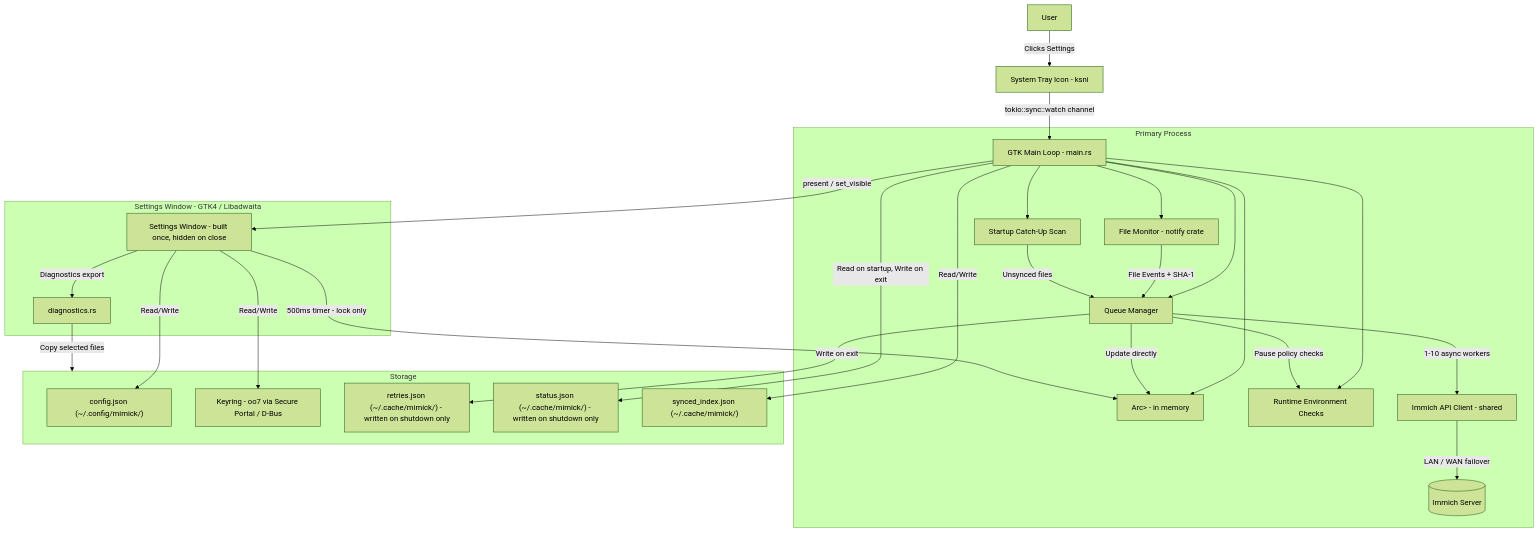
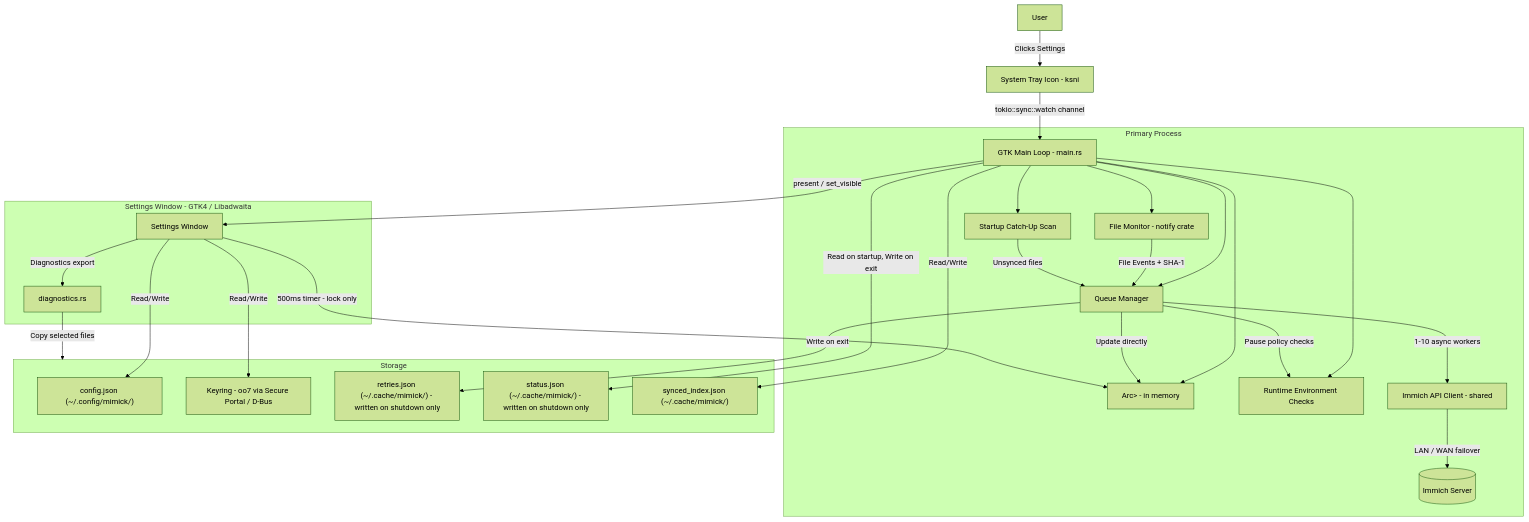
Before and after one commit to nicx17/immich_sync_app: the diagram in wiki/Architecture.md, drawn with Mermaid (forest theme). The commit also changed other lines of this file and 3 other files, not shown here.

````diff
--- a/wiki/Architecture.md
+++ b/wiki/Architecture.md
@@ -9,43 +9,43 @@
 ```mermaid
 graph TD
     User[User] -->|Clicks Settings| Tray[System Tray Icon - ksni]
     Tray -->|tokio::sync::watch channel| Main[GTK Main Loop - main.rs]
 
     subgraph Daemon [Primary Process]
         Main --> Monitor[File Monitor - notify crate]
         Main --> QueueManager[Queue Manager]
         Main --> SharedState["Arc<Mutex<AppState>> - in memory"]
         Main --> RuntimeEnv[Runtime Environment Checks]
         Main --> StartupScan[Startup Catch-Up Scan]
 
         Monitor -->|File Events + SHA-1| QueueManager
         StartupScan -->|Unsynced files| QueueManager
         QueueManager -->|1-10 async workers| API[Immich API Client - shared]
         QueueManager -->|Update directly| SharedState
         QueueManager -->|Pause policy checks| RuntimeEnv
 
         API -->|LAN / WAN failover| Immich[(Immich Server)]
     end
 
     subgraph Settings UI [Settings Window - GTK4 / Libadwaita]
-        Window[Settings Window - built once, hidden on close] -->|500ms timer - lock only| SharedState
+        Window[Settings Window] -->|500ms timer - lock only| SharedState
         Window -->|Diagnostics export| Diagnostics[diagnostics.rs]
     end
 
     Main -->|present / set_visible| Window
 
     subgraph Storage
         Config["config.json (~/.config/mimick/)"]
         Keyring[Keyring - oo7 via Secure Portal / D-Bus]
         RetryFile["retries.json (~/.cache/mimick/) - written on shutdown only"]
         StateFile["status.json (~/.cache/mimick/) - written on shutdown only"]
         SyncIndex["synced_index.json (~/.cache/mimick/)"]
     end
 
     Window -->|Read/Write| Config
     Window -->|Read/Write| Keyring
     Main -->|Read on startup, Write on exit| StateFile
     QueueManager -->|Write on exit| RetryFile
     Main -->|Read/Write| SyncIndex
     Diagnostics -->|Copy selected files| Storage
 ```
````
